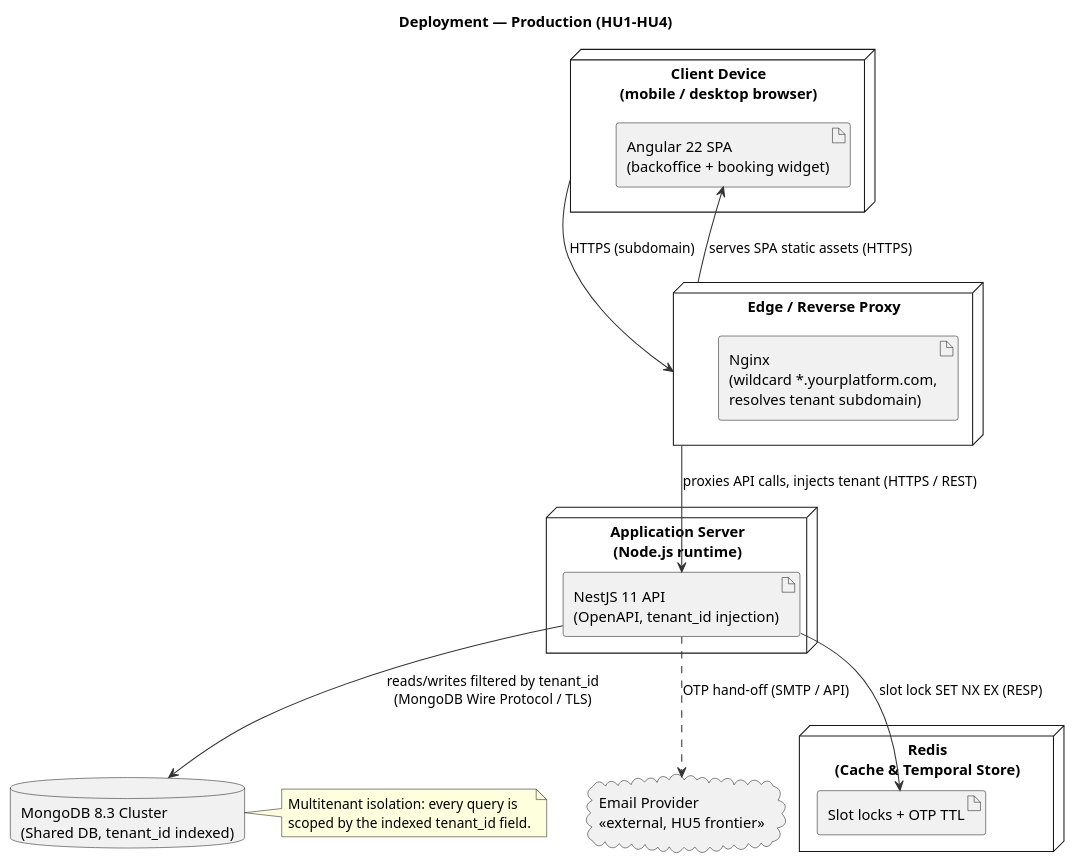
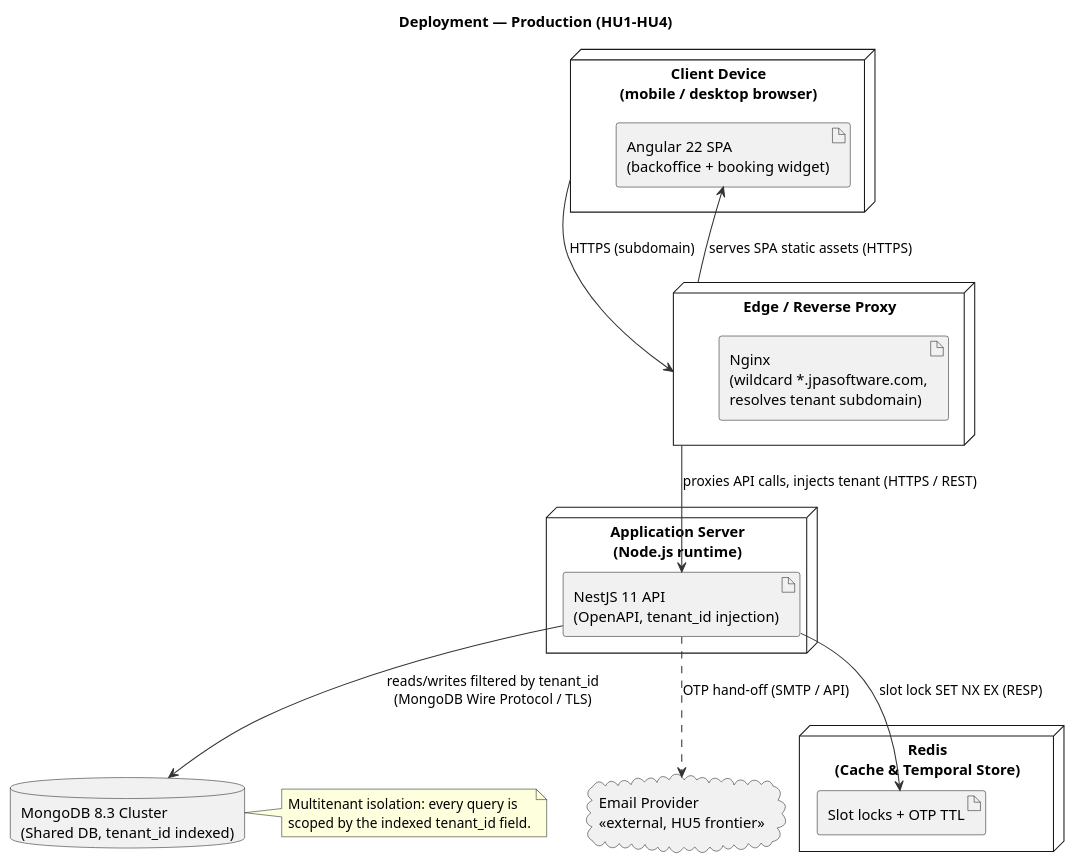
The diagram in system_architecture/deploy_view/deployment_production.puml (jose-korvusinc/finalproject-lidr-i4devs), drawn with PlantUML before and after one commit. The commit also changed 29 other files, not shown here.

```diff
--- a/system_architecture/deploy_view/deployment_production.puml
+++ b/system_architecture/deploy_view/deployment_production.puml
@@ -1,47 +1,47 @@
 @startuml deployment_production
 ' =====================================================================
 ' Deployment Diagram (RUP Physical View) - Production topology
 ' Scope: nodes exercised by HU1-HU4. Reflects the C4 C2 container stack
 ' (Nginx, Angular SPA, NestJS API, MongoDB, Redis). Google Calendar and
 ' the reminder cron (HU7/HU8) are out of scope; Email Provider is shown
 ' only as the HU4 -> HU5 OTP frontier.
 ' =====================================================================
 skinparam shadowing false
 skinparam defaultFontName "Helvetica"
 skinparam backgroundColor White
 skinparam ArrowColor #333333
 
 title Deployment — Production (HU1–HU4)
 
 node "Client Device\n(mobile / desktop browser)" as client {
   artifact "Angular 22 SPA\n(backoffice + booking widget)" as spa
 }
 
 node "Edge / Reverse Proxy" as edge {
-  artifact "Nginx\n(wildcard *.yourplatform.com,\nresolves tenant subdomain)" as nginx
+  artifact "Nginx\n(wildcard *.jpasoftware.com,\nresolves tenant subdomain)" as nginx
 }
 
 node "Application Server\n(Node.js runtime)" as appserver {
   artifact "NestJS 11 API\n(OpenAPI, tenant_id injection)" as api
 }
 
 database "MongoDB 8.3 Cluster\n(Shared DB, tenant_id indexed)" as mongo
 node "Redis\n(Cache & Temporal Store)" as redisnode {
   artifact "Slot locks + OTP TTL" as redis
 }
 
 cloud "Email Provider\n<<external, HU5 frontier>>" as email
 
 ' --- Communication paths with protocols ---
 client -down-> edge : HTTPS (subdomain)
 edge -down-> spa : serves SPA static assets (HTTPS)
 edge -down-> api : proxies API calls, injects tenant (HTTPS / REST)
 api -down-> mongo : reads/writes filtered by tenant_id\n(MongoDB Wire Protocol / TLS)
 api -down-> redis : slot lock SET NX EX (RESP)
 api ..> email : OTP hand-off (SMTP / API)
 
 note right of mongo
   Multitenant isolation: every query is
   scoped by the indexed tenant_id field.
 end note
 @enduml
```
